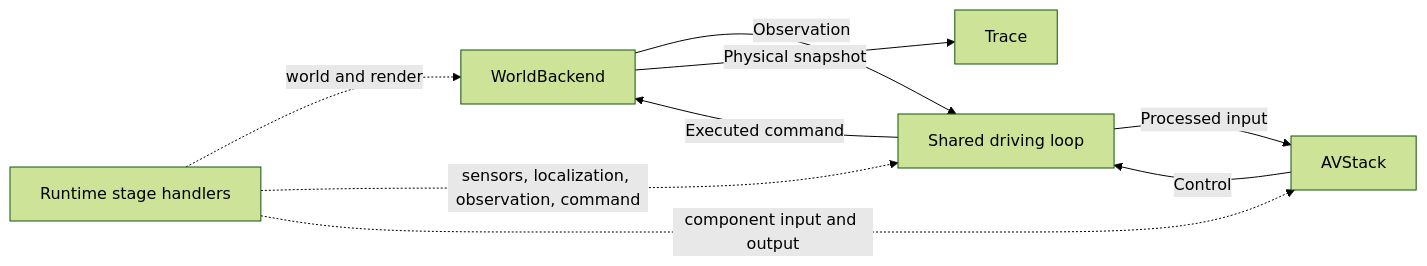
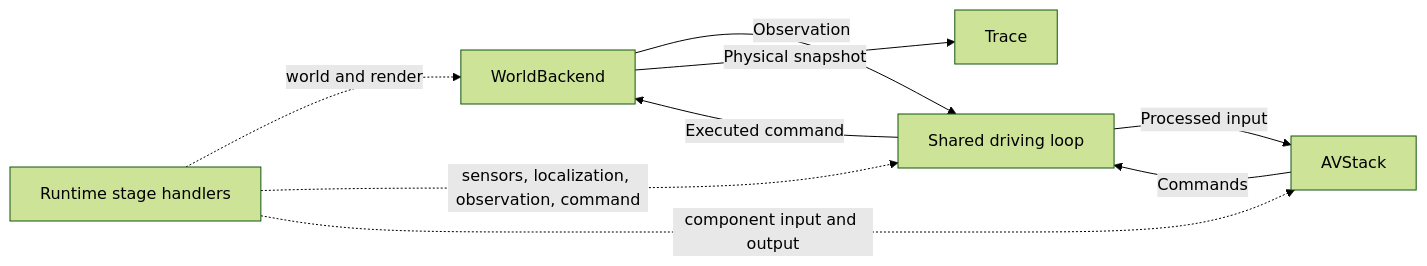
One commit to AVSecProject/AVSecTester changed the diagram in docs/DEVELOPMENT.md. Above: the diagram before and after it, drawn with Mermaid (forest theme). The commit also changed other lines of this file and 11 other files, not shown here.

````diff
--- a/docs/DEVELOPMENT.md
+++ b/docs/DEVELOPMENT.md
@@ -37,11 +48,11 @@
 ```mermaid
 flowchart LR
     BE[WorldBackend] -->|Observation| RUN[Shared driving loop]
     RUN -->|Processed input| ST[AVStack]
-    ST -->|Control| RUN
+    ST -->|Commands| RUN
     RUN -->|Executed command| BE
     RT[Runtime stage handlers] -. world and render .-> BE
     RT -. sensors, localization, observation, command .-> RUN
     RT -. component input and output .-> ST
     BE -->|Physical snapshot| TRACE[Trace]
 ```
````
